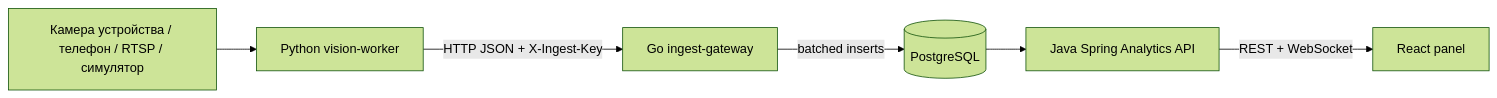
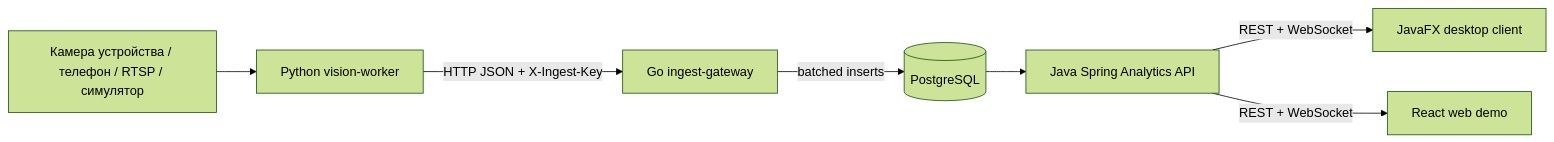
The diagram in README.md (fakedesyncc/AudienceFlow), drawn with Mermaid (forest theme) before and after one commit. The commit also changed other lines of this file and 24 other files, not shown here.

Commit message:
feat(desktop): add native JavaFX monitoring client (#6)

````diff
--- a/README.md
+++ b/README.md
@@ -47,8 +52,9 @@
 ```mermaid
 flowchart LR
     Camera["Камера устройства / телефон / RTSP / симулятор"] --> Worker["Python vision-worker"]
     Worker -->|"HTTP JSON + X-Ingest-Key"| Gateway["Go ingest-gateway"]
     Gateway -->|"batched inserts"| DB[(PostgreSQL)]
     DB --> API["Java Spring Analytics API"]
-    API -->|"REST + WebSocket"| Web["React panel"]
+    API -->|"REST + WebSocket"| Desktop["JavaFX desktop client"]
+    API -->|"REST + WebSocket"| Web["React web demo"]
 ```
````
